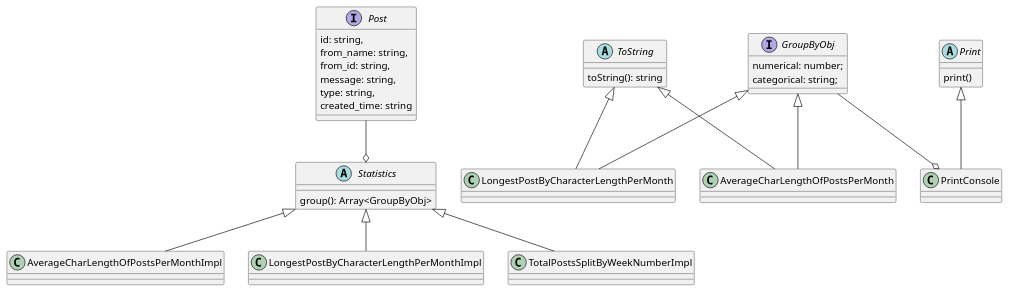
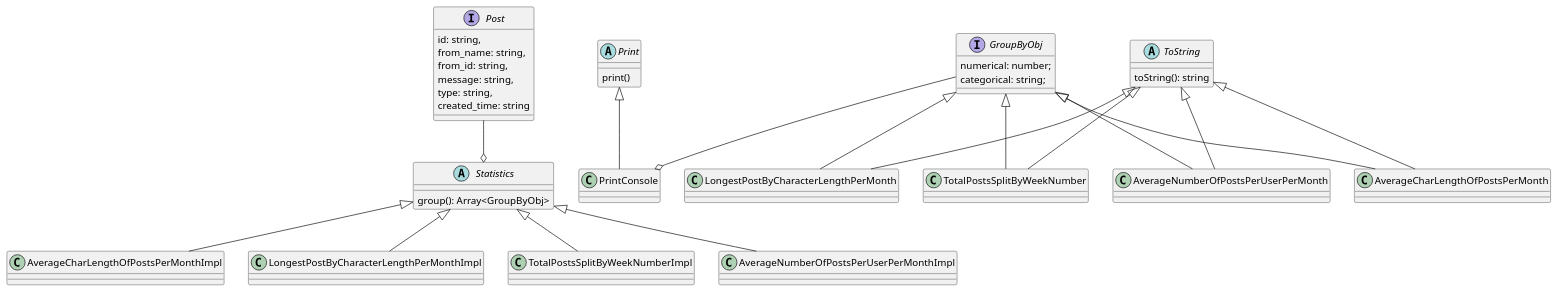
The diagram in plantuml/diagram.puml (4arturas/supermetrics-fix), drawn with PlantUML before and after one commit. The commit also changed 2 other files, not shown here.

Commit message:
Add AverageNumberOfPostsPerUserPerMonth implementation

```diff
--- a/plantuml/diagram.puml
+++ b/plantuml/diagram.puml
@@ -1,45 +1,50 @@
 @startuml
 'https://plantuml.com/class-diagram
 
 interface Post {
     id: string,
     from_name: string,
     from_id: string,
     message: string,
     type: string,
     created_time: string
 }
 
 abstract class ToString {
     toString(): string
 }
 abstract class Print {
     print()
 }
 class PrintConsole {
 }
 abstract class Statistics {
     group(): Array<GroupByObj>
 }
 
 interface GroupByObj {
     numerical: number;
     categorical: string;
 }
 
 GroupByObj --o PrintConsole
 Post --o Statistics
 
 Print <|-- PrintConsole
 
 class AverageCharLengthOfPostsPerMonth
 ToString <|-- AverageCharLengthOfPostsPerMonth
 GroupByObj <|-- AverageCharLengthOfPostsPerMonth
 ToString <|-- LongestPostByCharacterLengthPerMonth
 GroupByObj <|-- LongestPostByCharacterLengthPerMonth
+ToString <|-- TotalPostsSplitByWeekNumber
+GroupByObj <|-- TotalPostsSplitByWeekNumber
+ToString <|-- AverageNumberOfPostsPerUserPerMonth
+GroupByObj <|-- AverageNumberOfPostsPerUserPerMonth
 
 Statistics <|-- AverageCharLengthOfPostsPerMonthImpl
 Statistics <|-- LongestPostByCharacterLengthPerMonthImpl
 Statistics <|-- TotalPostsSplitByWeekNumberImpl
+Statistics <|-- AverageNumberOfPostsPerUserPerMonthImpl
 
 @enduml
```
